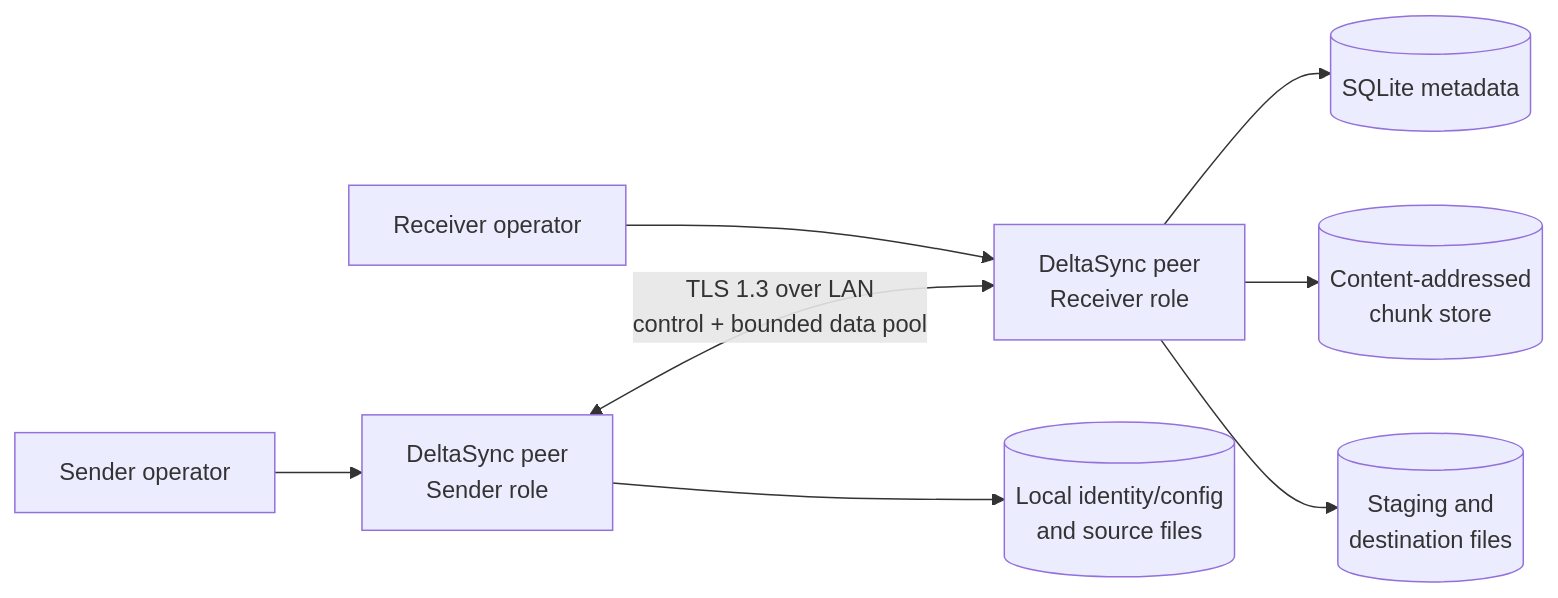
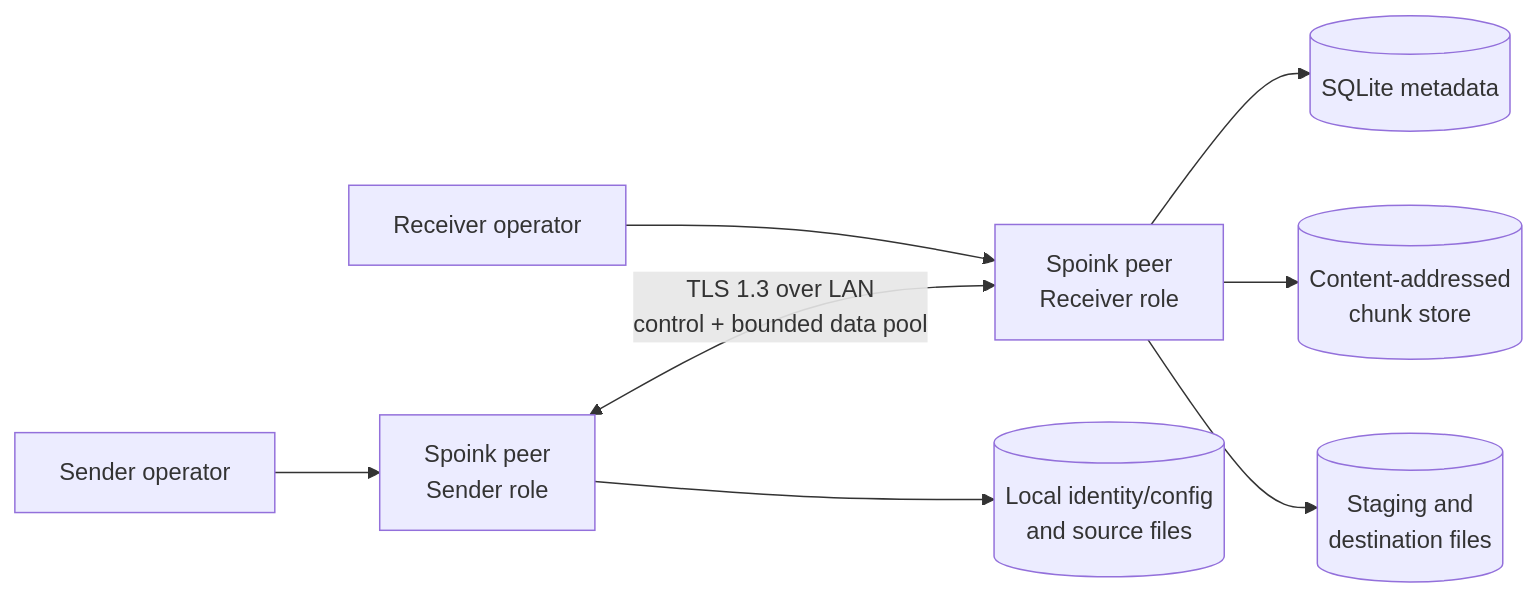
The diagram in docs/04_architecture/04_01_system_overview.md (Remaster-Expert-1829/dift), drawn with Mermaid before and after one commit. The commit also changed 55 other files, not shown here.

````diff
--- a/docs/04_architecture/04_01_system_overview.md
+++ b/docs/04_architecture/04_01_system_overview.md
@@ -8,10 +8,10 @@
 ```mermaid
 flowchart LR
-    U1[Sender operator] --> P1[DeltaSync peer\nSender role]
-    P1 <-->|TLS 1.3 over LAN\ncontrol + bounded data pool| P2[DeltaSync peer\nReceiver role]
+    U1[Sender operator] --> P1[Spoink peer\nSender role]
+    P1 <-->|TLS 1.3 over LAN\ncontrol + bounded data pool| P2[Spoink peer\nReceiver role]
     U2[Receiver operator] --> P2
     P1 --> S1[(Local identity/config\nand source files)]
     P2 --> S2[(SQLite metadata)]
     P2 --> S3[(Content-addressed\nchunk store)]
     P2 --> S4[(Staging and\ndestination files)]
 ```
````
